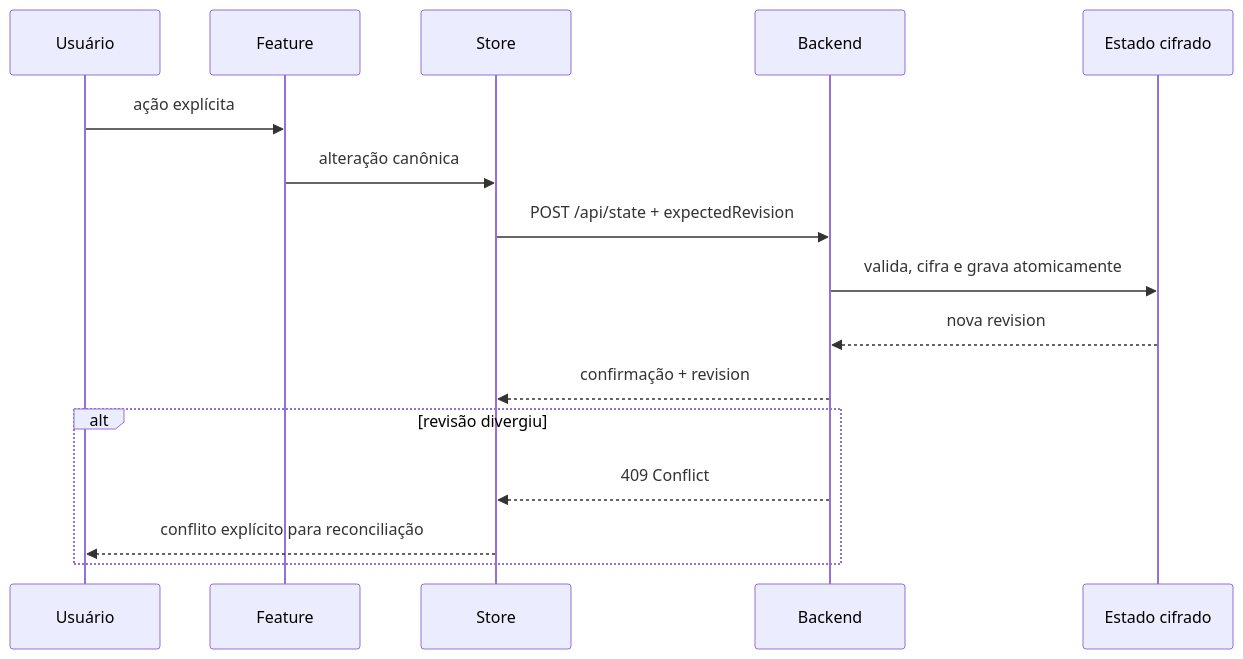
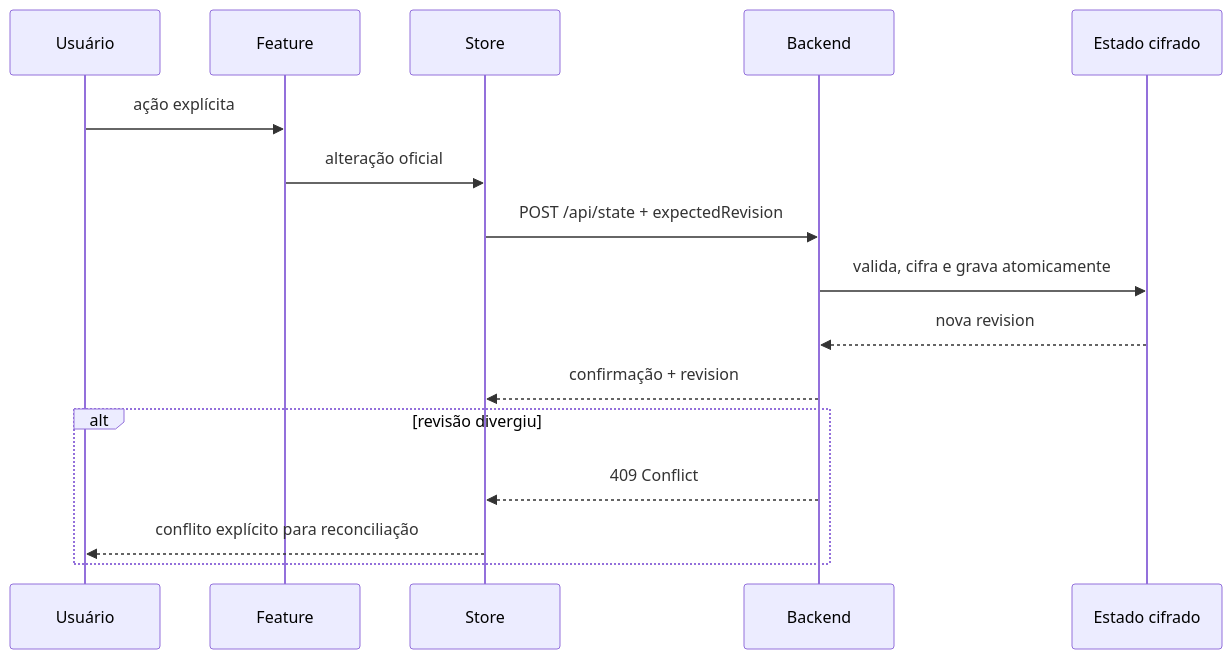
Before and after one commit to ricarossetto/Atrium-Senda: the second of 6 diagrams in docs/ARCHITECTURE.md, drawn with Mermaid. The commit also changed other lines of this file and 1402 other files, not shown here.

````diff
--- a/docs/ARCHITECTURE.md
+++ b/docs/ARCHITECTURE.md
@@ -42,18 +42,18 @@
 ```mermaid
 sequenceDiagram
     participant U as Usuário
     participant F as Feature
     participant S as Store
     participant B as Backend
     participant D as Estado cifrado
     U->>F: ação explícita
-    F->>S: alteração canônica
+    F->>S: alteração oficial
     S->>B: POST /api/state + expectedRevision
     B->>D: valida, cifra e grava atomicamente
     D-->>B: nova revision
     B-->>S: confirmação + revision
     alt revisão divergiu
       B-->>S: 409 Conflict
       S-->>U: conflito explícito para reconciliação
     end
 ```
````
